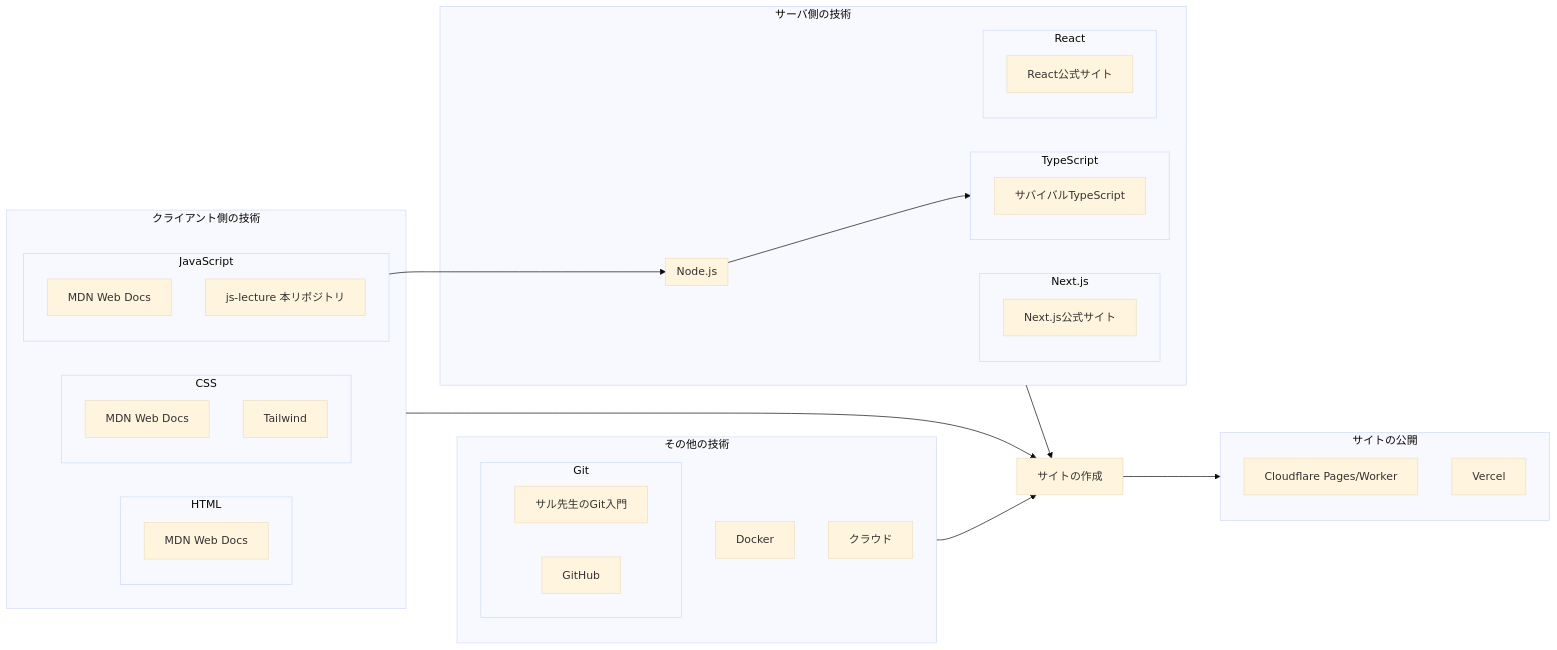
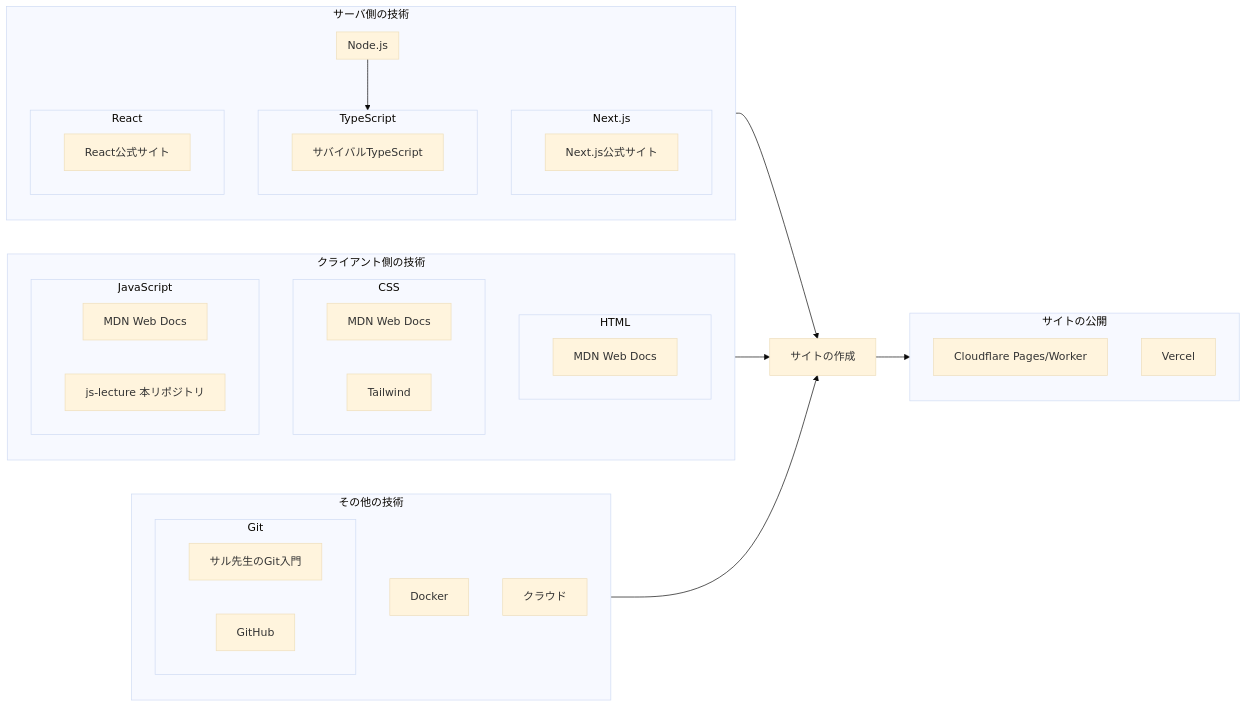
Before and after one commit to forestfamily4/js-lecture: the diagram in 12.R6-2月新規向け/README.md, drawn with Mermaid (base theme).

````diff
--- a/12.R6-2月新規向け/README.md
+++ b/12.R6-2月新規向け/README.md
@@ -3,73 +3,73 @@
 ```mermaid
 graph LR
 
     subgraph s3[その他の技術]
         subgraph s3-1[Git]
             F[サル先生のGit入門]
             F2[GitHub]
         end
         Docker
         クラウド
     end
 
     subgraph s1[サーバ側の技術]
         subgraph s1-1[Next.js]
             A[Next.js公式サイト]
         end
         
         subgraph s2-5[Node.js]
 
         end
         subgraph s2-4[TypeScript]
             E3[サバイバルTypeScript]
         end
         subgraph s1-2[React]
             B[React公式サイト]
         end
     end
 
     subgraph s2[クライアント側の技術]
         subgraph s2-1[HTML]
             C[MDN Web Docs]
             end
         subgraph s2-2[CSS]
             D[MDN Web Docs]
             D2[Tailwind]
         end
         subgraph s2-3[JavaScript]
             E[MDN Web Docs]
             E2[js-lecture 本リポジトリ]
 
         end
     end
 
 
 
     G[サイトの作成]
 
     subgraph s5[サイトの公開]
         H1[Cloudflare Pages/Worker]
         H2[Vercel]
     end
 
     s1 --> G
     s2 --> G
     s3 --> G
 
-    s2-3 --> s2-5
+    
 
     s2-5 --> s2-4
 
     G --> s5
 
     click A href "https://nextjs.org/docs"
     click B href "https://ja.react.dev/learn"
     click C href "https://developer.mozilla.org/ja/docs/Learn/HTML/Introduction_to_HTML"
     click D href "https://developer.mozilla.org/ja/docs/Learn/CSS/First_steps"
     click D2 href "https://tailwindcss.com/docs"
     click E href "https://developer.mozilla.org/ja/docs/Web/JavaScript"
     click F href "https://backlog.com/ja/git-tutorial/"
     click E3 href "https://typescriptbook.jp/"
     click H1 href "https://pages.cloudflare.com/"
     click H2 href "https://vercel.com/"
 ```
````
